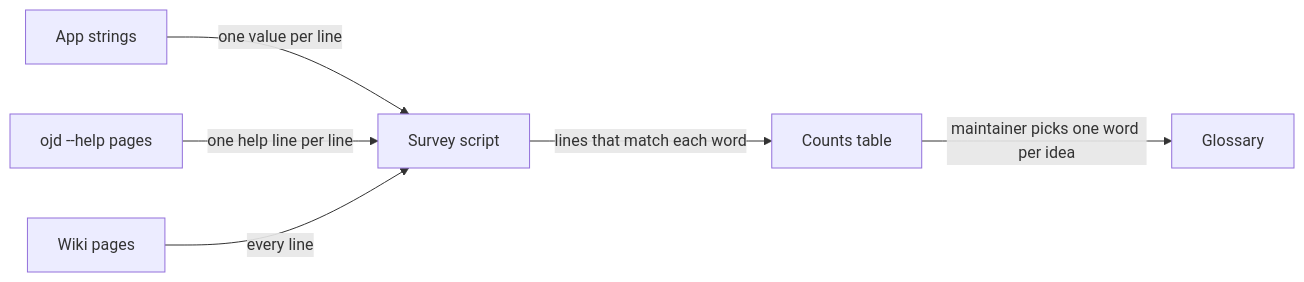
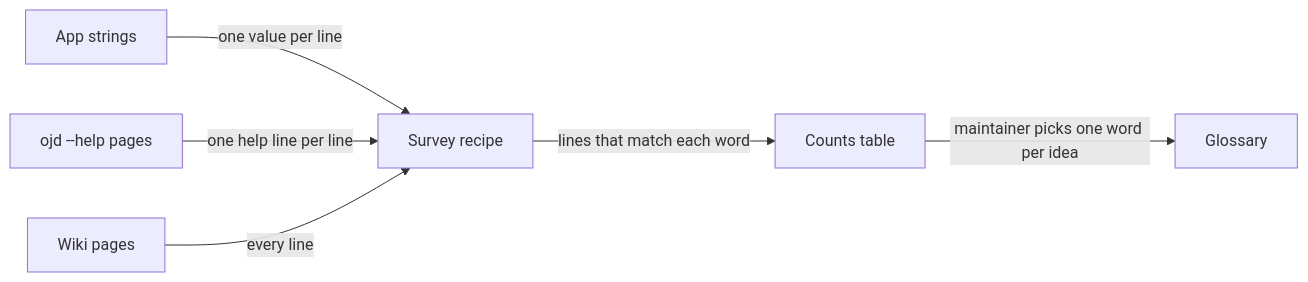
Before and after one commit to xsyetopz/OpenJoystickDriver: the diagram in docs/development/terminology-survey.md, drawn with Mermaid. The commit also changed other lines of this file and 3 other files, not shown here.

````diff
--- a/docs/development/terminology-survey.md
+++ b/docs/development/terminology-survey.md
@@ -5,8 +5,8 @@
 ```mermaid
 flowchart LR
-    s["App strings"] -->|"one value per line"| sc["Survey script"]
+    s["App strings"] -->|"one value per line"| sc["Survey recipe"]
     h["ojd --help pages"] -->|"one help line per line"| sc
     w["Wiki pages"] -->|"every line"| sc
     sc -->|"lines that match each word"| t["Counts table"]
     t -->|"maintainer picks one word per idea"| g["Glossary"]
 ```
````
